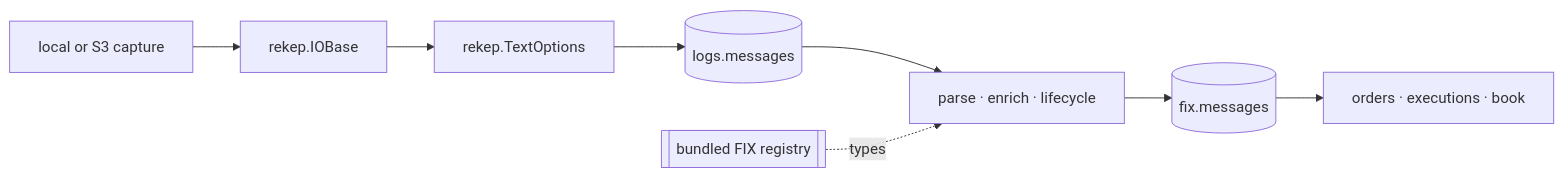
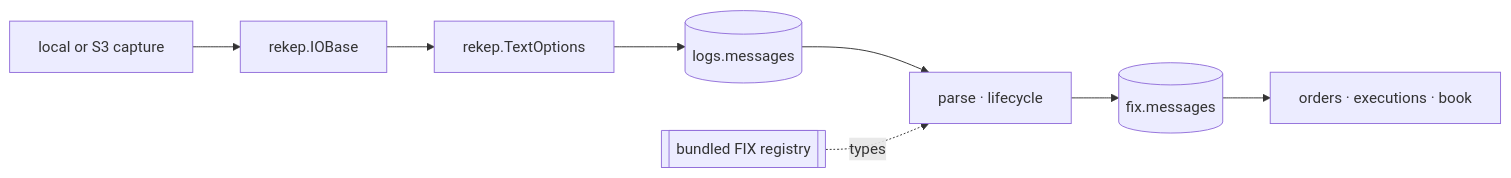
Before and after one commit to Platob/yggfin: the diagram in docs/overview/architecture.md, drawn with Mermaid. The commit also changed other lines of this file and 1126 other files, not shown here.

````diff
--- a/docs/overview/architecture.md
+++ b/docs/overview/architecture.md
@@ -7,10 +7,10 @@
 ```mermaid
 flowchart LR
     U["local or S3 capture"] --> R["rekep.IOBase"]
     R --> T["rekep.TextOptions"]
     T --> M[("logs.messages")]
-    M --> C["parse · enrich · lifecycle"]
+    M --> C["parse · lifecycle"]
     D[["bundled FIX registry"]] -.types.-> C
     C --> F[("fix.messages")]
     F --> P["orders · executions · book"]
 ```
````
